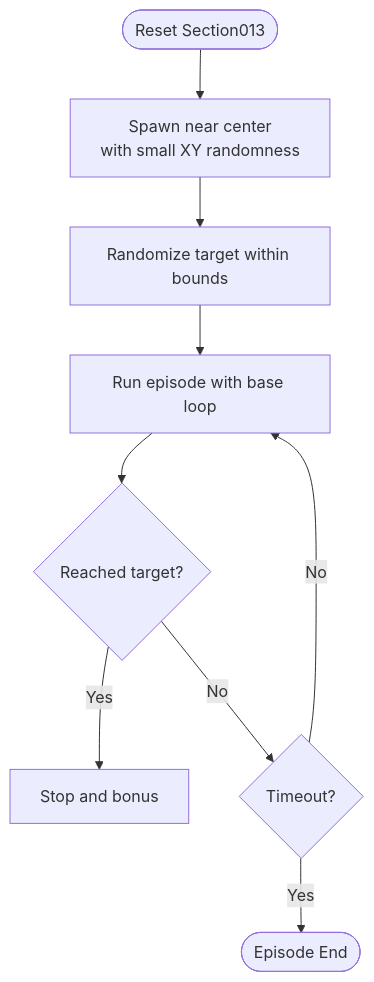
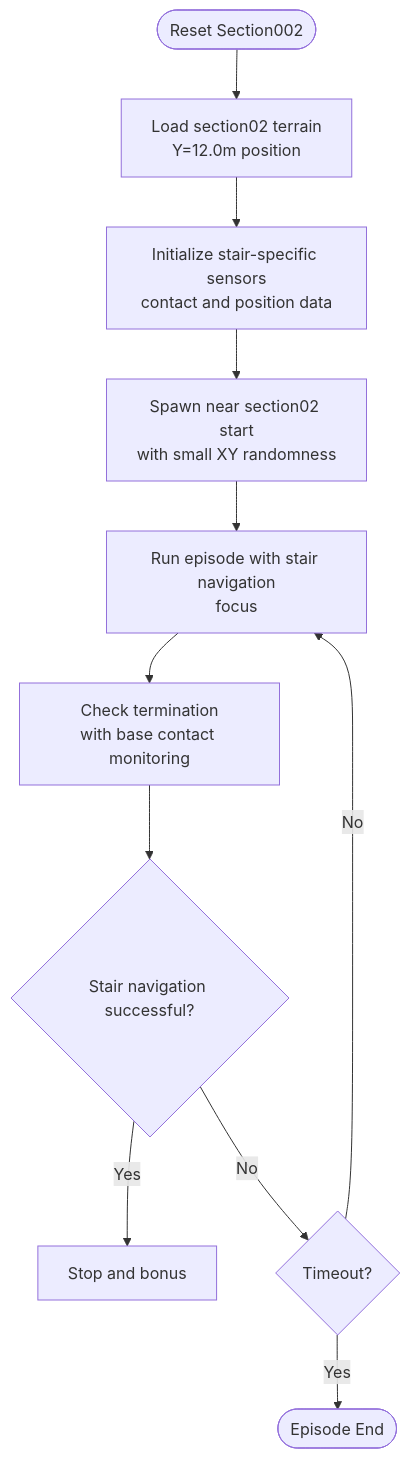
Before and after one commit to jayjayhust/MotrixLab: the seventh of 11 diagrams in .qoder/repowiki/en/content/Navigation Environments/VBot Navigation/Track Sections.md, drawn with Mermaid. The commit also changed other lines of this file and 15 other files, not shown here.

````diff
--- a/.qoder/repowiki/en/content/Navigation Environments/VBot Navigation/Track Sections.md
+++ b/.qoder/repowiki/en/content/Navigation Environments/VBot Navigation/Track Sections.md
@@ -216,11 +455,13 @@
 ```mermaid
 flowchart TD
-Start(["Reset Section013"]) --> Spawn["Spawn near center<br/>with small XY randomness"]
-Spawn --> RandGoal["Randomize target within bounds"]
-RandGoal --> Run["Run episode with base loop"]
-Run --> Reach{"Reached target?"}
-Reach --> |Yes| Stop["Stop and bonus"]
-Reach --> |No| Timeout{"Timeout?"}
+Start(["Reset Section002"]) --> LoadSection002["Load section02 terrain<br/>Y=12.0m position"]
+LoadSection002 --> InitStairSensors["Initialize stair-specific sensors<br/>contact and position data"]
+InitStairSensors --> Spawn["Spawn near section02 start<br/>with small XY randomness"]
+Spawn --> Run["Run episode with stair navigation<br/>focus"]
+Run --> CheckTermination["Check termination<br/>with base contact monitoring"]
+CheckTermination --> Success{"Stair navigation successful?"}
+Success --> |Yes| Stop["Stop and bonus"]
+Success --> |No| Timeout{"Timeout?"}
 Timeout --> |Yes| End(["Episode End"])
 Timeout --> |No| Run
 ```
````
